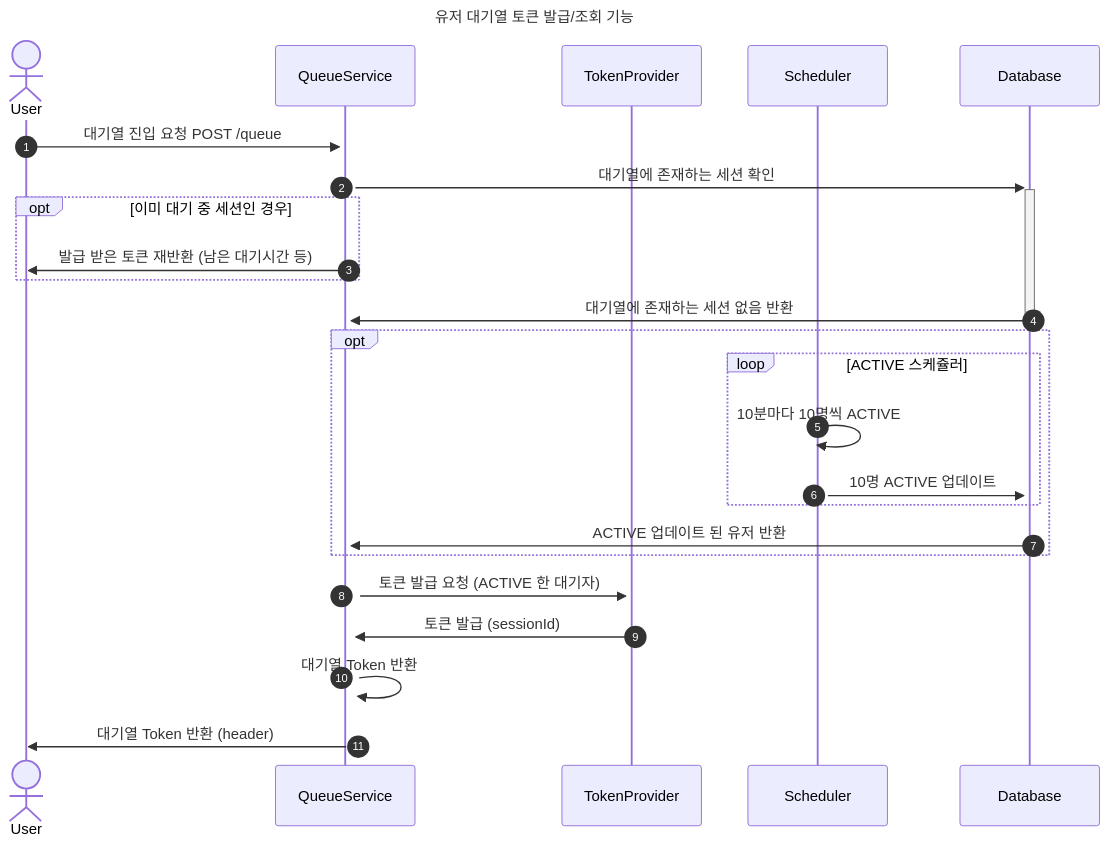
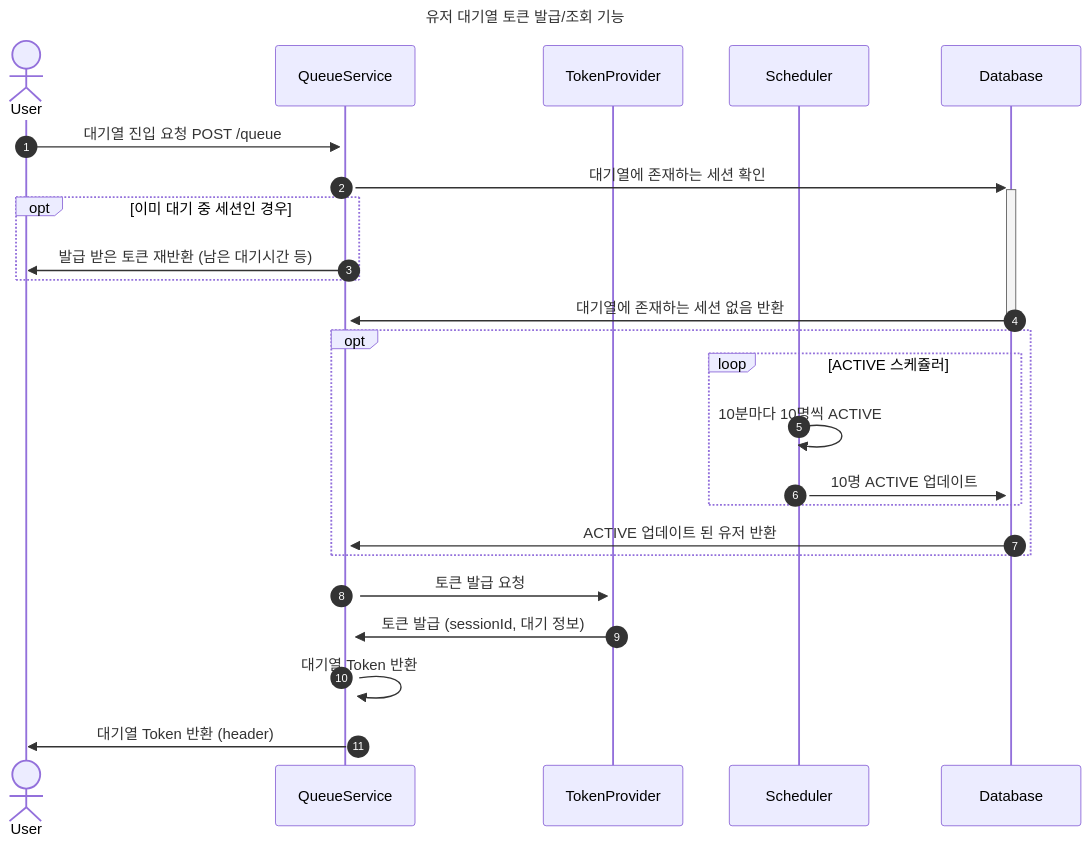
The diagram in docs/sequence/1.유저-토큰-대기열-기능.md (hpp-backend-15/java-concert-joonhyeokyang), drawn with Mermaid before and after one commit. The commit also changed 2 other files, not shown here.

Commit message:
docs: 받은 토큰 검증 시퀀스 수정

````diff
--- a/docs/sequence/1.유저-토큰-대기열-기능.md
+++ b/docs/sequence/1.유저-토큰-대기열-기능.md
@@ -10,27 +10,27 @@
 ```mermaid
 sequenceDiagram
     autonumber
     title 유저 대기열 토큰 발급/조회 기능
     actor u as User
     participant qs as QueueService
     participant tp as TokenProvider
     participant sc as Scheduler
     participant db as Database
     u ->>+ qs: 대기열 진입 요청 POST /queue
     qs ->>+ db: 대기열에 존재하는 세션 확인
     opt 이미 대기 중 세션인 경우
         qs ->> u: 발급 받은 토큰 재반환 (남은 대기시간 등)
     end
     db ->>- qs: 대기열에 존재하는 세션 없음 반환
     opt
         loop ACTIVE 스케쥴러
             sc ->>+ sc: 10분마다 10명씩 ACTIVE
             sc ->>+ db: 10명 ACTIVE 업데이트
         end
         db ->>+ qs: ACTIVE 업데이트 된 유저 반환
     end
-    qs ->>+ tp: 토큰 발급 요청 (ACTIVE 한 대기자)
-    tp ->>+ qs: 토큰 발급 (sessionId)
+    qs ->>+ tp: 토큰 발급 요청 
+    tp ->>+ qs: 토큰 발급 (sessionId, 대기 정보)
     qs ->> qs: 대기열 Token 반환
     qs ->> u: 대기열 Token 반환 (header)
 ```
````
